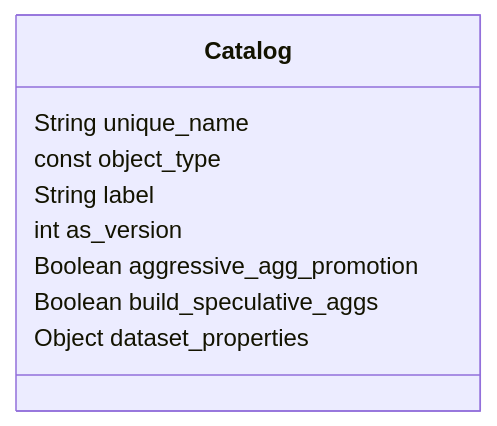
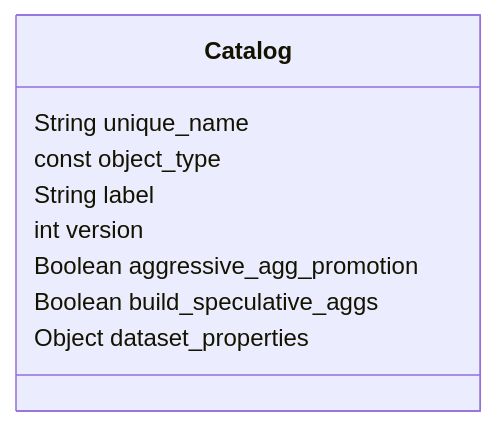
The diagram in sml-reference/catalog.md (AlchemyTechLabsInc/SML), drawn with Mermaid before and after one commit. The commit also changed other lines of this file, not shown here.

Commit message:
removed as from version

````diff
--- a/sml-reference/catalog.md
+++ b/sml-reference/catalog.md
@@ -20,12 +20,12 @@
 ```mermaid
 classDiagram
     class Catalog{
       String unique_name
       const object_type
       String label
-      int as_version
+      int version
       Boolean aggressive_agg_promotion
       Boolean build_speculative_aggs
       Object dataset_properties
     }
 ```
````
